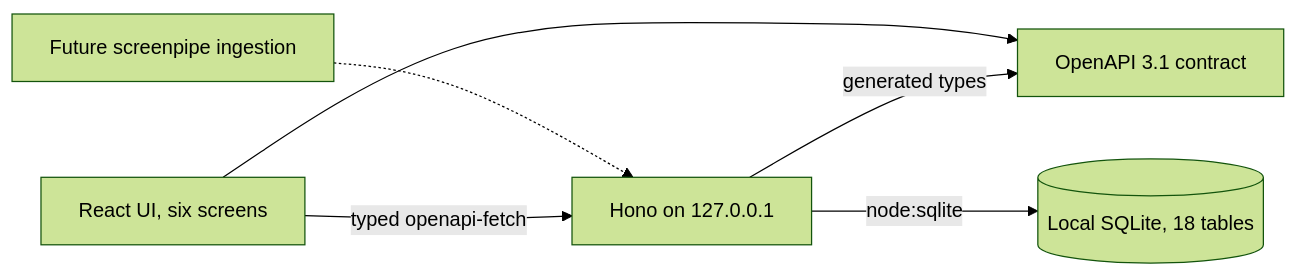
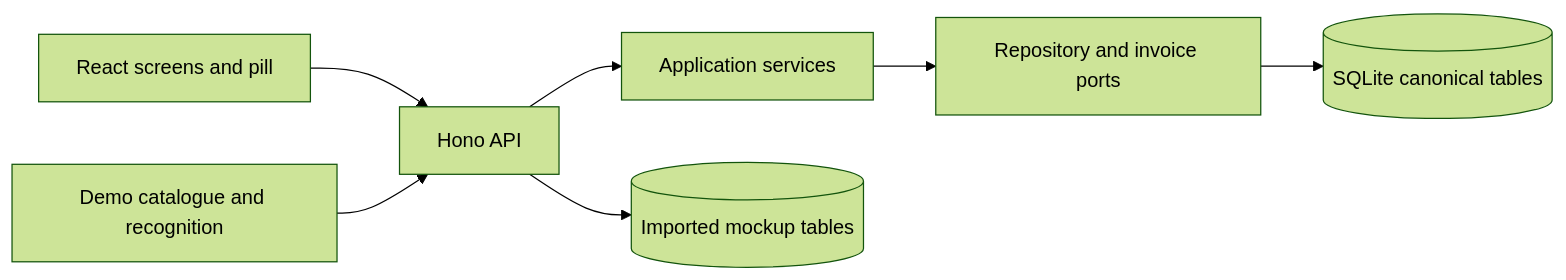
Before and after one commit to Rajavik-git/TimeKeeper: the diagram in docs/implementation/architecture.md, drawn with Mermaid (forest theme). The commit also changed other lines of this file and 4 other files, not shown here.

````diff
--- a/docs/implementation/architecture.md
+++ b/docs/implementation/architecture.md
@@ -5,8 +5,9 @@
 ```mermaid
 flowchart LR
-  UI[React UI, six screens] -->|typed openapi-fetch| API[Hono on 127.0.0.1]
-  API -->|generated types| Contract[OpenAPI 3.1 contract]
-  UI --> Contract
-  API -->|node:sqlite| DB[(Local SQLite, 18 tables)]
-  Future[Future screenpipe ingestion] -.-> API
+  UI[React screens and pill] --> API[Hono API]
+  API --> UseCases[Application services]
+  UseCases --> Ports[Repository and invoice ports]
+  Ports --> DB[(SQLite canonical tables)]
+  Legacy[Demo catalogue and recognition] --> API
+  API --> LegacyDB[(Imported mockup tables)]
 ```
````
